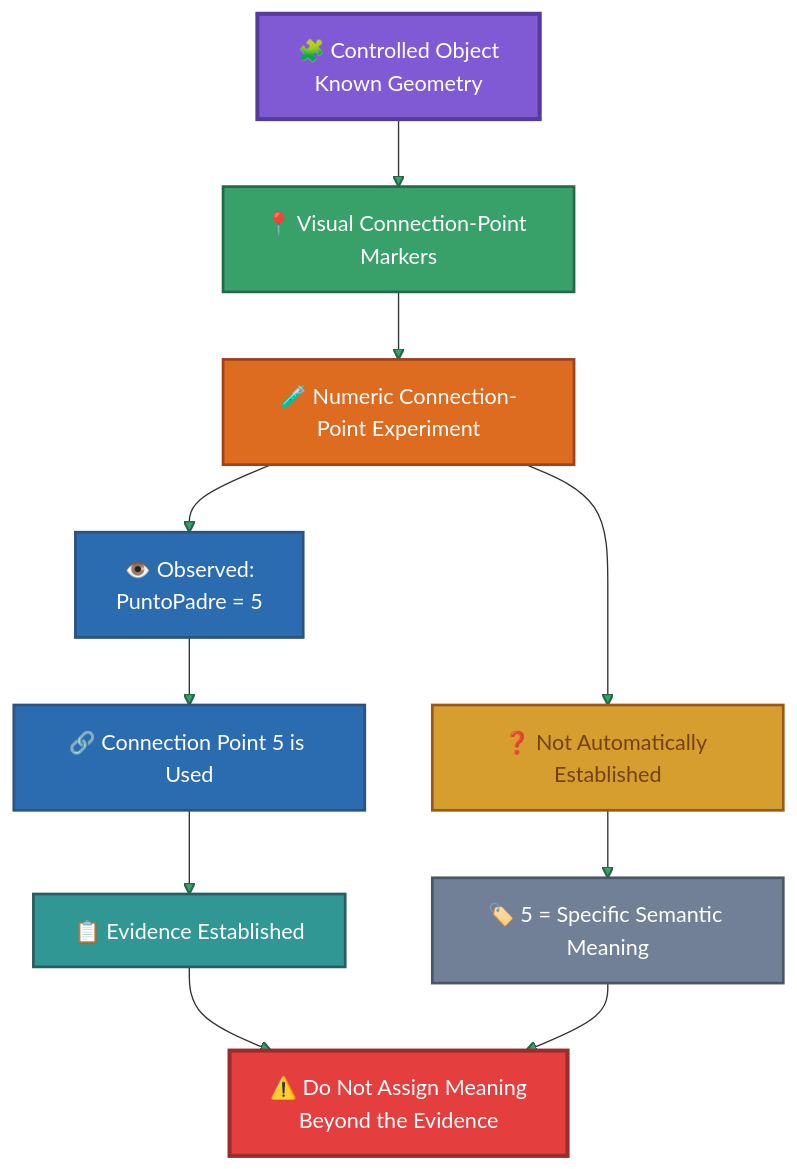
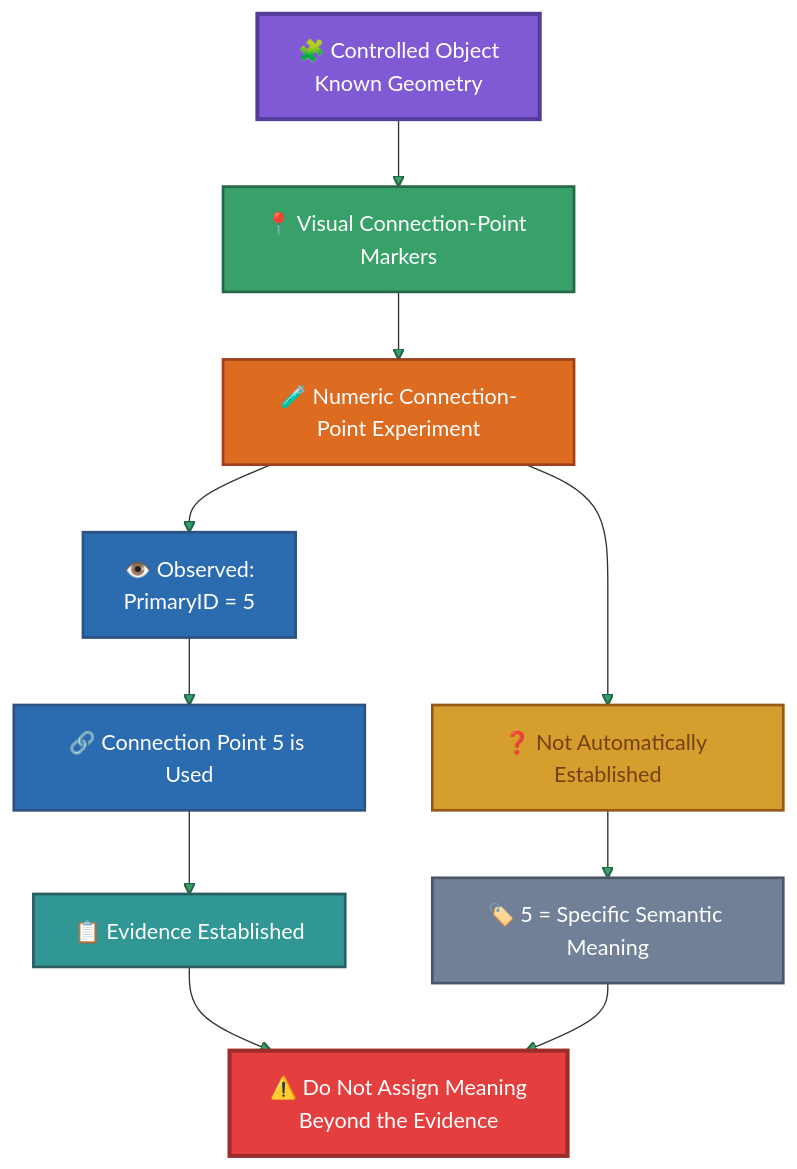
Before and after one commit to JuanCrakYT/RtG-Format: diagram 14 of 21 in research/methodology.md, drawn with Mermaid. The commit also changed other lines of this file and 11 other files, not shown here.

````diff
--- a/research/methodology.md
+++ b/research/methodology.md
@@ -463,35 +463,35 @@
 ```mermaid
 flowchart TD
 
     OBJECT["🧩 Controlled Object<br/>Known Geometry"] --> MARKERS["📍 Visual Connection-Point Markers"]
     MARKERS --> TEST["🧪 Numeric Connection-Point Experiment"]
 
-    TEST --> OBSERVED["👁️ Observed:<br/>PuntoPadre = 5"]
+    TEST --> OBSERVED["👁️ Observed:<br/>PrimaryID = 5"]
     OBSERVED --> USED["🔗 Connection Point 5 is Used"]
 
     USED --> EVIDENCE["📋 Evidence Established"]
 
     TEST --> NOTESTABLISHED["❓ Not Automatically Established"]
     NOTESTABLISHED --> SEMANTIC["🏷️ 5 = Specific Semantic Meaning"]
 
     EVIDENCE --> RULE["⚠️ Do Not Assign Meaning<br/>Beyond the Evidence"]
     SEMANTIC --> RULE
 
     classDef object fill:#805ad5,color:#fff,stroke:#553c9a,stroke-width:3px;
     classDef marker fill:#38a169,color:#fff,stroke:#276749,stroke-width:2px;
     classDef experiment fill:#dd6b20,color:#fff,stroke:#9c4221,stroke-width:2px;
     classDef observed fill:#2b6cb0,color:#fff,stroke:#2c5282,stroke-width:2px;
     classDef evidence fill:#319795,color:#fff,stroke:#285e61,stroke-width:2px;
     classDef unknown fill:#d69e2e,color:#744210,stroke:#975a16,stroke-width:2px;
     classDef semantic fill:#718096,color:#fff,stroke:#4a5568,stroke-width:2px;
     classDef warning fill:#e53e3e,color:#fff,stroke:#9b2c2c,stroke-width:3px;
 
     class OBJECT object;
     class MARKERS marker;
     class TEST experiment;
     class OBSERVED,USED observed;
     class EVIDENCE evidence;
     class NOTESTABLISHED unknown;
     class SEMANTIC semantic;
     class RULE warning;
 ```
````
